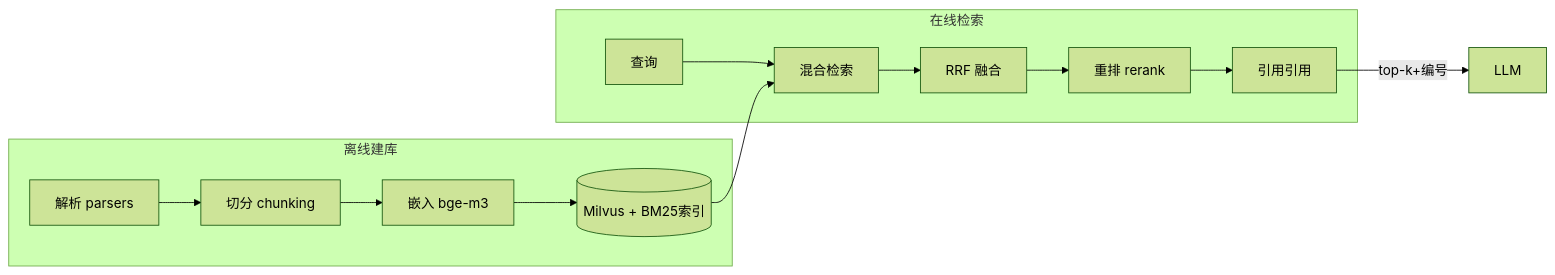
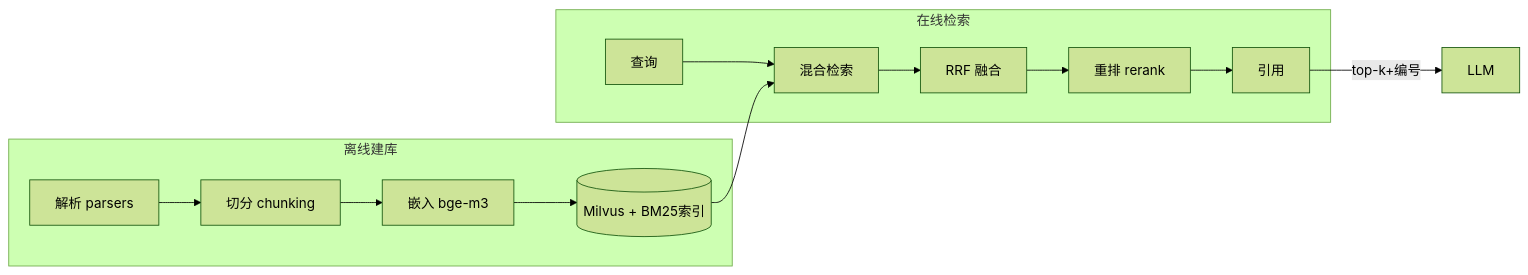
Before and after one commit to JIHT/Agent-Godot: the diagram in docs/modules/M10-RAG.md, drawn with Mermaid (forest theme). The commit also changed other lines of this file and 53 other files, not shown here.

````diff
--- a/docs/modules/M10-RAG.md
+++ b/docs/modules/M10-RAG.md
@@ -19,11 +21,11 @@
 ```mermaid
 flowchart LR
     subgraph 离线[离线建库]
         P[解析 parsers] --> C[切分 chunking] --> E[嵌入 bge-m3] --> V[(Milvus + BM25索引)]
     end
     subgraph 在线[在线检索]
-        Q[查询] --> H[混合检索] --> R[RRF 融合] --> X[重排 rerank] --> CT[引用引用]
+        Q[查询] --> H[混合检索] --> R[RRF 融合] --> X[重排 rerank] --> CT[引用]
     end
     V --> H
     CT -->|top-k+编号| LLM
 ```
````
